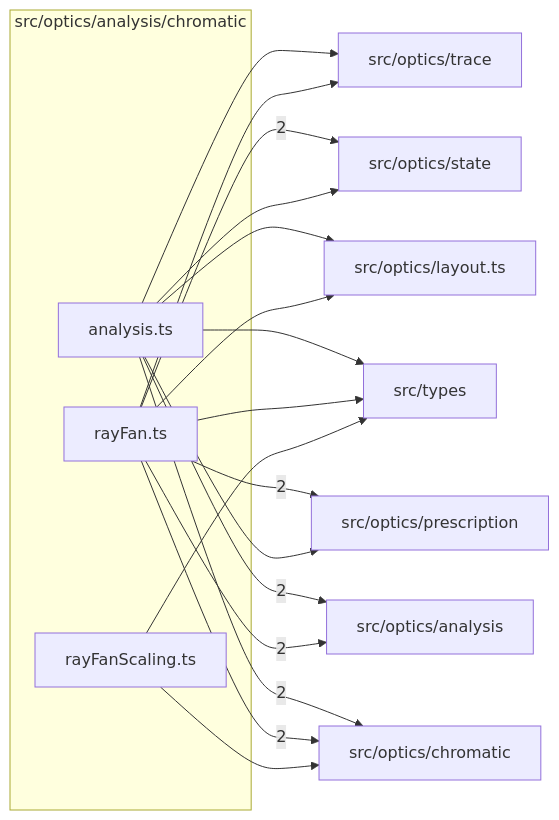
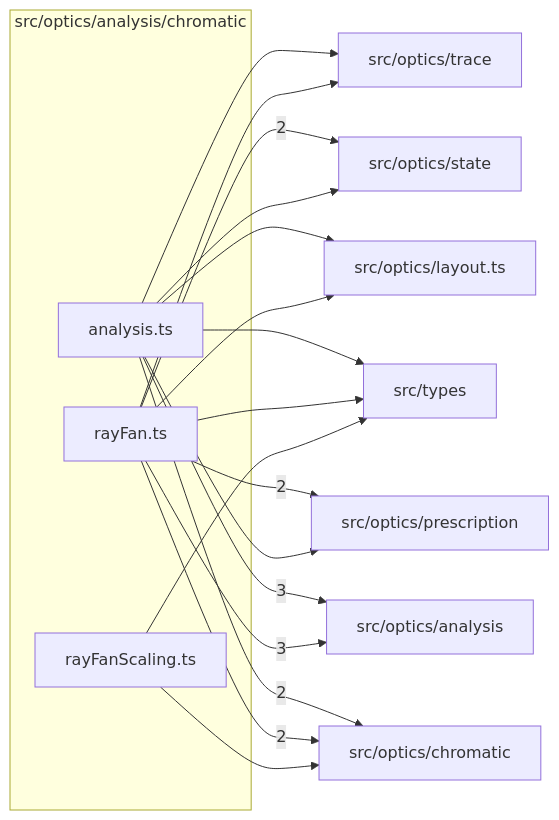
One commit to ronbuening/LensVisualizer changed the diagram in src/optics/analysis/chromatic/readme.md. Above: the diagram before and after it, drawn with Mermaid. The commit also changed other lines of this file and 34 other files, not shown here.

````diff
--- a/src/optics/analysis/chromatic/readme.md
+++ b/src/optics/analysis/chromatic/readme.md
@@ -9,31 +9,31 @@
 ```mermaid
 flowchart LR
   subgraph n_src_optics_analysis_chromatic["src/optics/analysis/chromatic"]
     n_src_optics_analysis_chromatic_src_optics_analysis_chromatic_analysis_ts["analysis.ts"]
     n_src_optics_analysis_chromatic_src_optics_analysis_chromatic_rayFan_ts["rayFan.ts"]
     n_src_optics_analysis_chromatic_src_optics_analysis_chromatic_rayFanScaling_ts["rayFanScaling.ts"]
   end
   n_external_src_optics_analysis["src/optics/analysis"]
   n_external_src_optics_chromatic["src/optics/chromatic"]
   n_external_src_optics_prescription["src/optics/prescription"]
   n_external_src_optics_state["src/optics/state"]
   n_external_src_optics_layout_ts["src/optics/layout.ts"]
   n_external_src_optics_trace["src/optics/trace"]
   n_external_src_types["src/types"]
-  n_src_optics_analysis_chromatic_src_optics_analysis_chromatic_analysis_ts --> |2| n_external_src_optics_analysis
-  n_src_optics_analysis_chromatic_src_optics_analysis_chromatic_rayFan_ts --> |2| n_external_src_optics_analysis
+  n_src_optics_analysis_chromatic_src_optics_analysis_chromatic_analysis_ts --> |3| n_external_src_optics_analysis
+  n_src_optics_analysis_chromatic_src_optics_analysis_chromatic_rayFan_ts --> |3| n_external_src_optics_analysis
   n_src_optics_analysis_chromatic_src_optics_analysis_chromatic_analysis_ts --> |2| n_external_src_optics_chromatic
   n_src_optics_analysis_chromatic_src_optics_analysis_chromatic_rayFan_ts --> |2| n_external_src_optics_chromatic
   n_src_optics_analysis_chromatic_src_optics_analysis_chromatic_rayFan_ts --> |2| n_external_src_optics_prescription
   n_src_optics_analysis_chromatic_src_optics_analysis_chromatic_rayFan_ts --> |2| n_external_src_optics_state
   n_src_optics_analysis_chromatic_src_optics_analysis_chromatic_rayFanScaling_ts --> n_external_src_optics_chromatic
   n_src_optics_analysis_chromatic_src_optics_analysis_chromatic_analysis_ts --> n_external_src_optics_layout_ts
   n_src_optics_analysis_chromatic_src_optics_analysis_chromatic_rayFan_ts --> n_external_src_optics_layout_ts
   n_src_optics_analysis_chromatic_src_optics_analysis_chromatic_analysis_ts --> n_external_src_optics_prescription
   n_src_optics_analysis_chromatic_src_optics_analysis_chromatic_analysis_ts --> n_external_src_optics_state
   n_src_optics_analysis_chromatic_src_optics_analysis_chromatic_analysis_ts --> n_external_src_optics_trace
   n_src_optics_analysis_chromatic_src_optics_analysis_chromatic_rayFan_ts --> n_external_src_optics_trace
   n_src_optics_analysis_chromatic_src_optics_analysis_chromatic_analysis_ts --> n_external_src_types
   n_src_optics_analysis_chromatic_src_optics_analysis_chromatic_rayFan_ts --> n_external_src_types
   n_src_optics_analysis_chromatic_src_optics_analysis_chromatic_rayFanScaling_ts --> n_external_src_types
 ```
````
